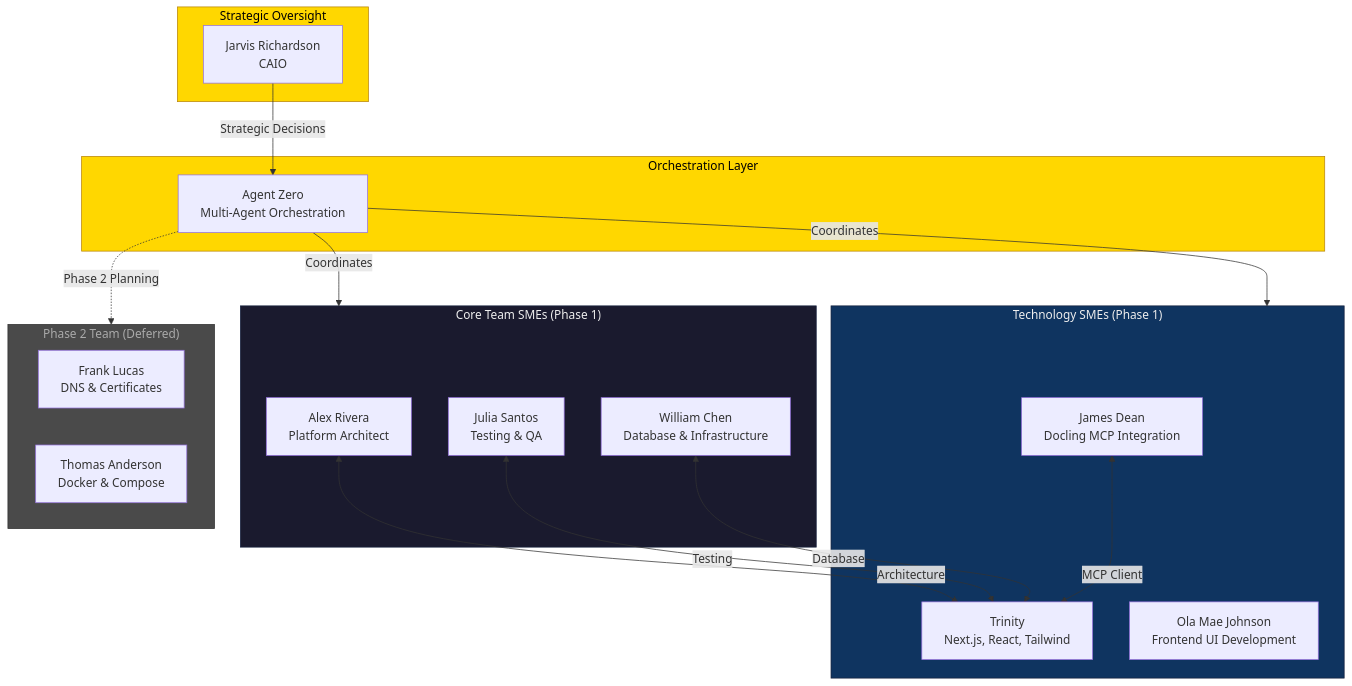
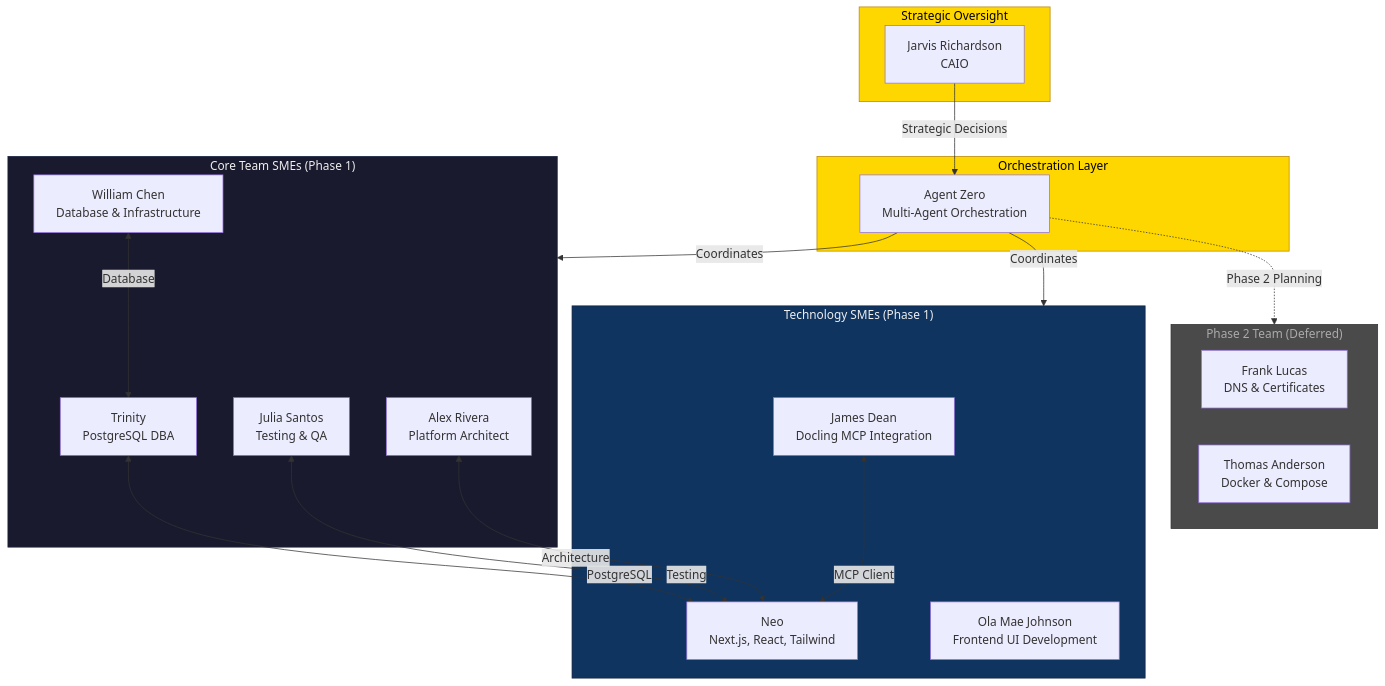
Before and after one commit to Hana-X-AI/hx-docling-application: the first of 2 diagrams in project/0.6-governance/0.6.5-team-roster.md, drawn with Mermaid. The commit also changed other lines of this file and 10 other files, not shown here.

Commit message:
docs: update charter, governance, and add architecture reviews

````diff
--- a/project/0.6-governance/0.6.5-team-roster.md
+++ b/project/0.6-governance/0.6.5-team-roster.md
@@ -28,42 +28,44 @@
 ```mermaid
 flowchart TB
     subgraph CAIO["Strategic Oversight"]
         JR[Jarvis Richardson<br/>CAIO]
     end
 
     subgraph Orchestration["Orchestration Layer"]
         AZ[Agent Zero<br/>Multi-Agent Orchestration]
     end
 
     subgraph Core["Core Team SMEs (Phase 1)"]
         AR[Alex Rivera<br/>Platform Architect]
         JS[Julia Santos<br/>Testing & QA]
         WC[William Chen<br/>Database & Infrastructure]
+        TR[Trinity<br/>PostgreSQL DBA]
     end
 
     subgraph Tech["Technology SMEs (Phase 1)"]
-        TR[Trinity<br/>Next.js, React, Tailwind]
+        NE[Neo<br/>Next.js, React, Tailwind]
         OL[Ola Mae Johnson<br/>Frontend UI Development]
         JD[James Dean<br/>Docling MCP Integration]
     end
 
     subgraph Phase2["Phase 2 Team (Deferred)"]
         FL[Frank Lucas<br/>DNS & Certificates]
         TH[Thomas Anderson<br/>Docker & Compose]
     end
 
     JR -->|Strategic Decisions| AZ
     AZ -->|Coordinates| Core
     AZ -->|Coordinates| Tech
     AZ -.->|Phase 2 Planning| Phase2
-    AR <-->|Architecture| TR
-    JS <-->|Testing| TR
+    AR <-->|Architecture| NE
+    JS <-->|Testing| NE
     WC <-->|Database| TR
-    JD <-->|MCP Client| TR
+    TR <-->|PostgreSQL| NE
+    JD <-->|MCP Client| NE
 
     style CAIO fill:#ffd700,stroke:#b8860b,color:#000
     style Orchestration fill:#ffd700,stroke:#b8860b,color:#000
     style Core fill:#1a1a2e,stroke:#16213e,color:#eee
     style Tech fill:#0f3460,stroke:#16213e,color:#eee
     style Phase2 fill:#4a4a4a,stroke:#333,color:#aaa
 ```
````
